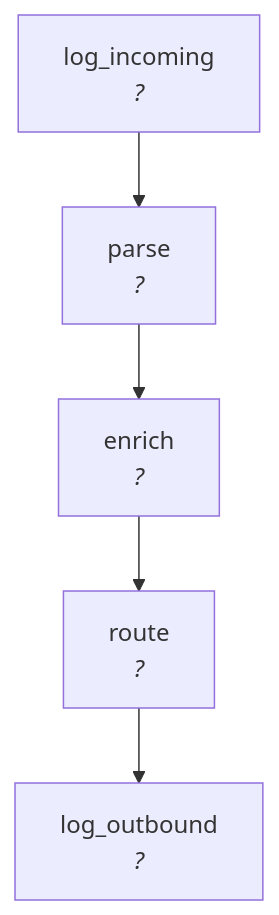
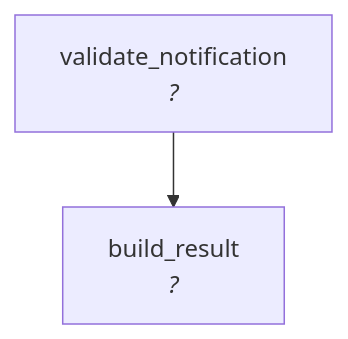
One commit to ValeriaVG/jigs changed the diagram in examples/events/map.md. Above: the diagram before and after it, drawn with Mermaid. The commit also changed 11 other files, not shown here.

````diff
--- a/examples/events/map.md
+++ b/examples/events/map.md
@@ -3,15 +3,9 @@
 ```mermaid
 flowchart TD
-  log_incoming["log_incoming<br/><i>?</i>"]
-  parse["parse<br/><i>?</i>"]
-  enrich["enrich<br/><i>?</i>"]
-  route["route<br/><i>?</i>"]
-  log_outbound["log_outbound<br/><i>?</i>"]
+  validate_notification["validate_notification<br/><i>?</i>"]
+  build_result["build_result<br/><i>?</i>"]
 
-log_incoming --> parse
-parse --> enrich
-enrich --> route
-route --> log_outbound
+validate_notification --> build_result
 
   %% shape legend: rect = Request → Request, rhombus = switching (Request → Response/Branch), stadium = Response → Response
 ```
````
